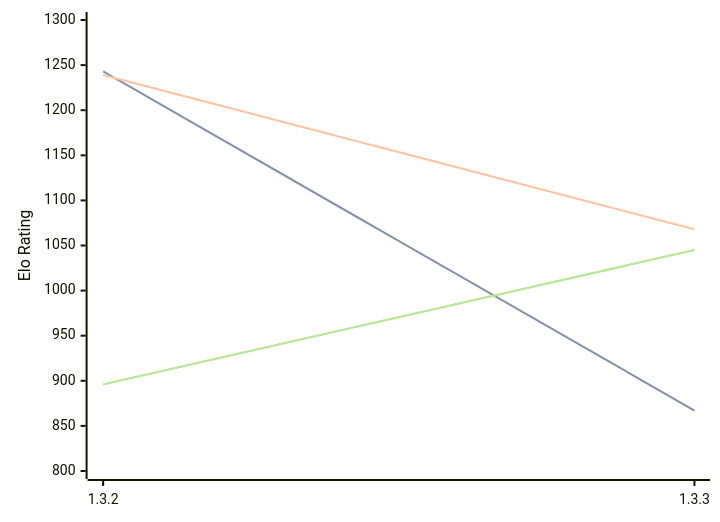
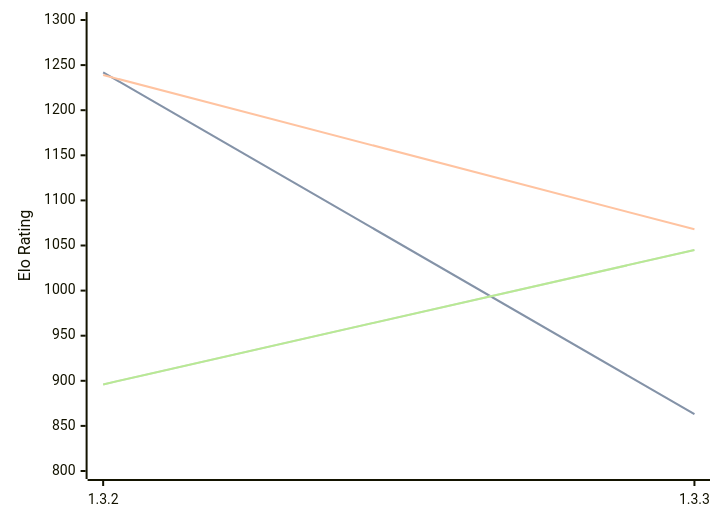
Before and after one commit to computer-chess-index/cci: the diagram in engines/Whitespine.md, drawn with Mermaid. The commit also changed other lines of this file, not shown here.

````diff
--- a/engines/Whitespine.md
+++ b/engines/Whitespine.md
@@ -35,11 +35,11 @@
 ```mermaid
 %%{init: {"theme":"base","themeVariables":{"seriesColors:['#a3a3a3','#222221','#faa371']}}}%%
 xychart-beta
   x-axis ["1.3.2", "1.3.3"]
   y-axis "Elo Rating" 800 --> 1300
-  line "STC (8.0+0.08s)" [1243, 867]
-  line "STC (8.0+0.08s)" [1243, 867]
+  line "STC (8.0+0.08s)" [1242, 863]
+  line "STC (8.0+0.08s)" [1242, 863]
   line "LTC (60.0+0.60s)" [1239, 1068]
   line "VLTC (2m24s+1.12s)" [896, 1045]
   line "VLTC (2m24s+1.12s)" [896, 1045]
 ```
````
